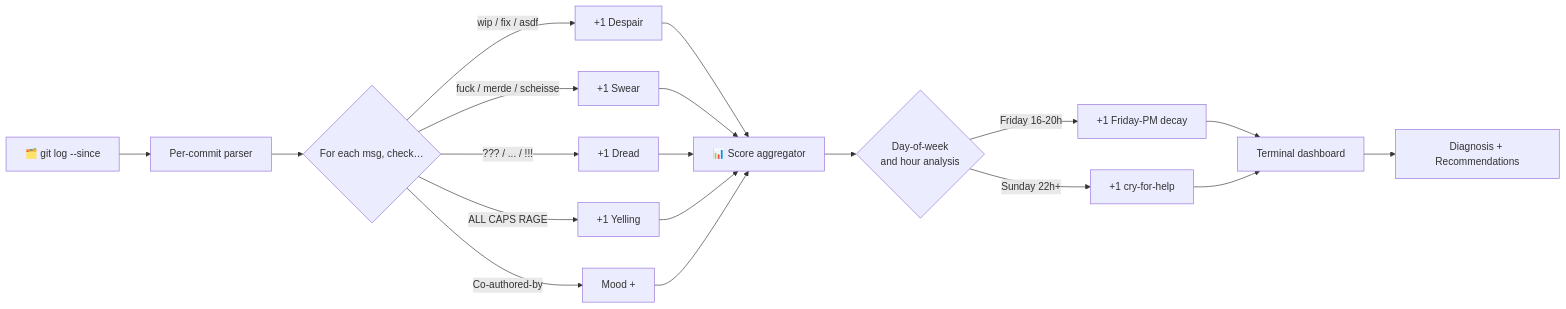
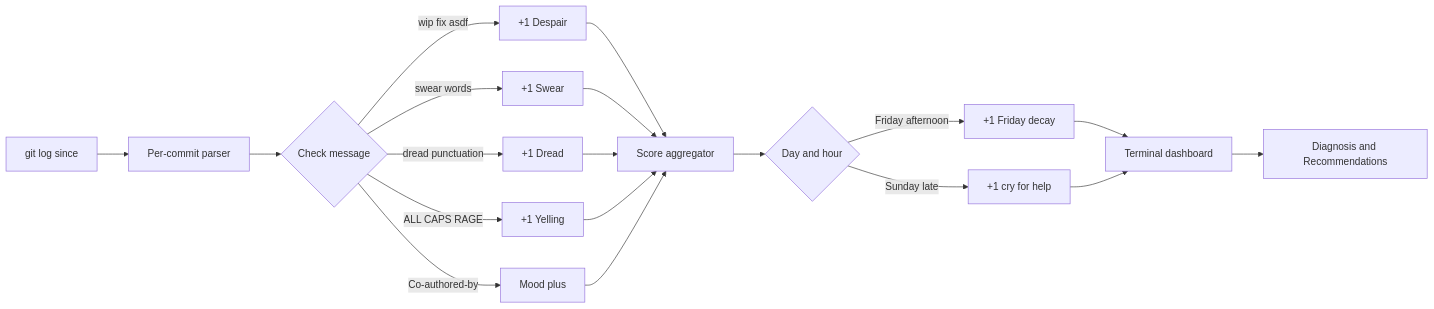
Before and after one commit to kevin-sigmoid-org/commit-mood-ring: the second of 3 diagrams in README.md, drawn with Mermaid. The commit also changed other lines of this file, not shown here.

First line of the commit message:
docs: simplify mermaid diagrams for GitHub renderer

````diff
--- a/README.md
+++ b/README.md
@@ -101,21 +101,21 @@
 ```mermaid
 flowchart LR
-    A[🗂️ git log --since] --> B[Per-commit parser]
-    B --> C{For each msg, check…}
-    C -->|"wip / fix / asdf"| D[+1 Despair]
-    C -->|"fuck / merde / scheisse"| E[+1 Swear]
-    C -->|"??? / ... / !!!"| F[+1 Dread]
+    A[git log since] --> B[Per-commit parser]
+    B --> C{Check message}
+    C -->|wip fix asdf| D[+1 Despair]
+    C -->|swear words| E[+1 Swear]
+    C -->|dread punctuation| F[+1 Dread]
     C -->|ALL CAPS RAGE| G[+1 Yelling]
-    C -->|Co-authored-by| H[Mood +]
-    D --> I[📊 Score aggregator]
+    C -->|Co-authored-by| H[Mood plus]
+    D --> I[Score aggregator]
     E --> I
     F --> I
     G --> I
     H --> I
-    I --> J{Day-of-week<br/>and hour analysis}
-    J -->|Friday 16-20h| K[+1 Friday-PM decay]
-    J -->|Sunday 22h+| L[+1 cry-for-help]
+    I --> J{Day and hour}
+    J -->|Friday afternoon| K[+1 Friday decay]
+    J -->|Sunday late| L[+1 cry for help]
     K --> M[Terminal dashboard]
     L --> M
-    M --> N[Diagnosis + Recommendations]
+    M --> N[Diagnosis and Recommendations]
 ```
````
